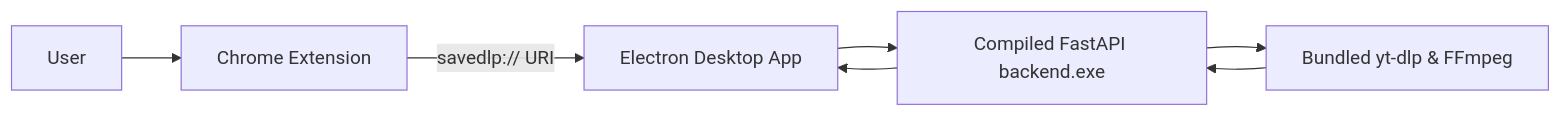
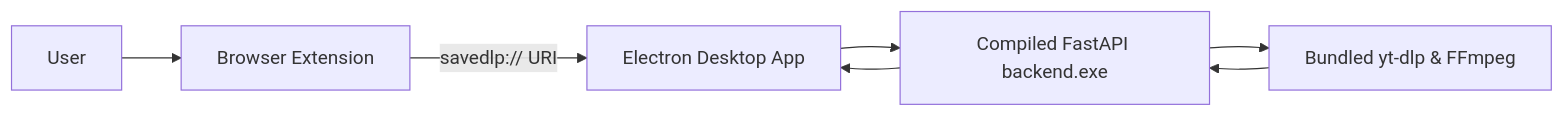
One commit to ayusht26/save-dlp changed the diagram in README.md. Above: the diagram before and after it, drawn with Mermaid. The commit also changed other lines of this file, not shown here.

````diff
--- a/README.md
+++ b/README.md
@@ -116,9 +140,9 @@
 ```mermaid
 flowchart LR
-    U[User] --> EXT[Chrome Extension]
+    U[User] --> EXT[Browser Extension]
     EXT -- "savedlp:// URI" --> APP[Electron Desktop App]
     APP --> API[Compiled FastAPI backend.exe]
     API --> YTDLP[Bundled yt-dlp & FFmpeg]
     YTDLP --> API
     API --> APP
 ```
````
